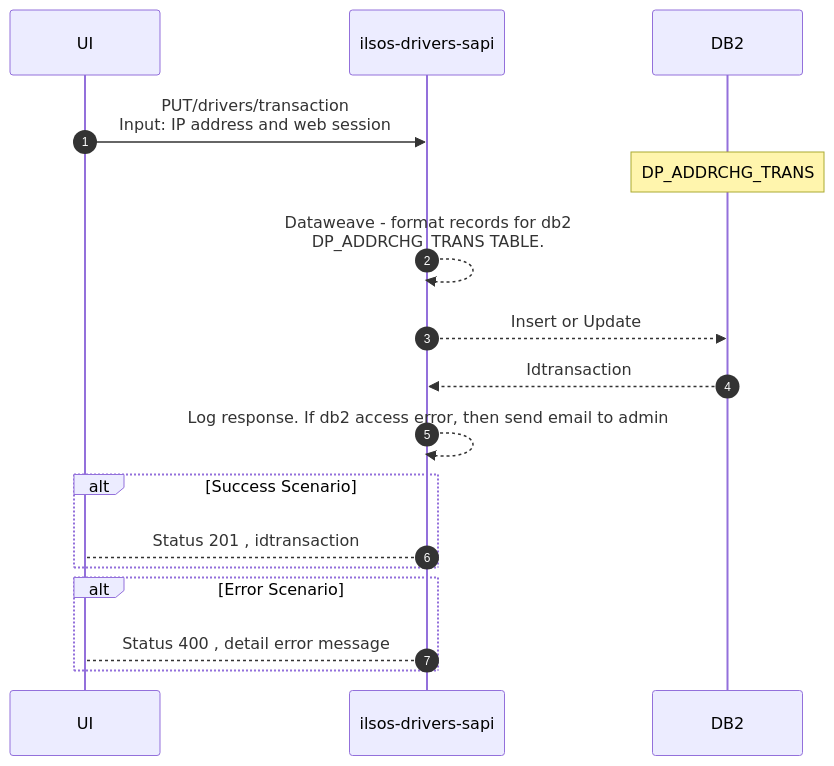
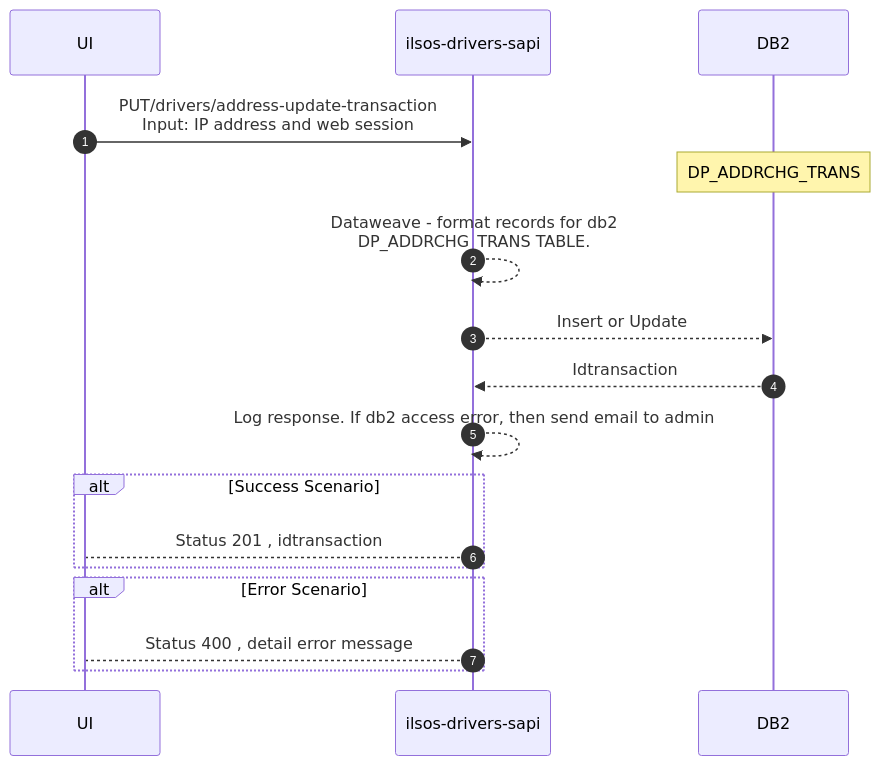
Before and after one commit to acme-devs/ilsos-drivers-sapi: the third of 3 diagrams in README.md, drawn with Mermaid. The commit also changed other lines of this file, not shown here.

````diff
--- a/README.md
+++ b/README.md
@@ -114,22 +89,22 @@
 ```mermaid
 sequenceDiagram
     autonumber
     participant ui as UI
     participant api as ilsos-drivers-sapi
     participant db2 as DB2
     
-    ui->>api:PUT/drivers/transaction <br>Input: IP address and web session
+    ui->>api:PUT/drivers/address-update-transaction <br>Input: IP address and web session
     note over db2:DP_ADDRCHG_TRANS
     
     api-->>api:Dataweave - format records for db2<BR> DP_ADDRCHG_TRANS TABLE.
     api-->>db2: Insert or Update 
     
     db2-->>api: Idtransaction
     api-->>api:Log response. If db2 access error, then send email to admin
     alt Success Scenario 
         api-->ui: Status 201 , idtransaction
     end
     alt Error Scenario 
         api-->ui: Status 400 , detail error message
     end
 ```
````
